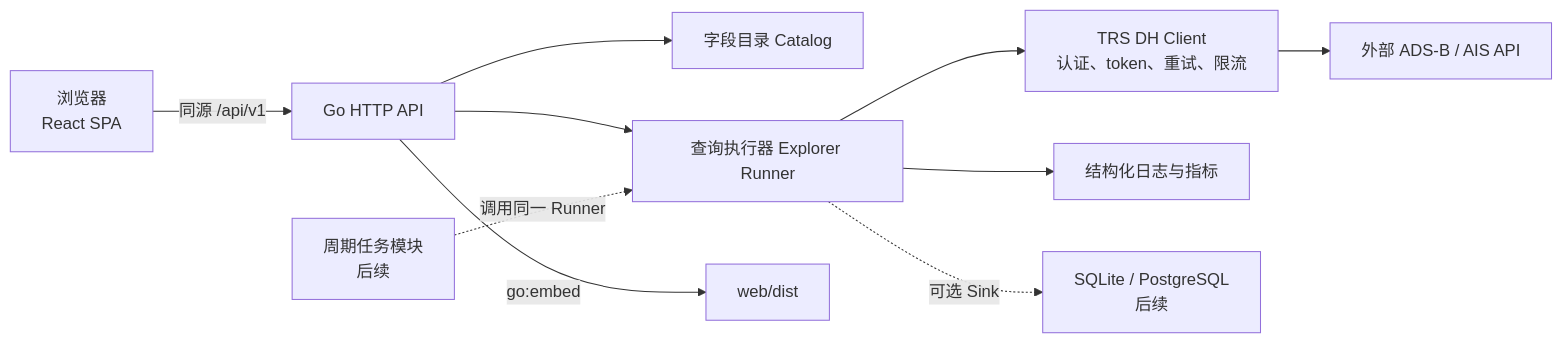
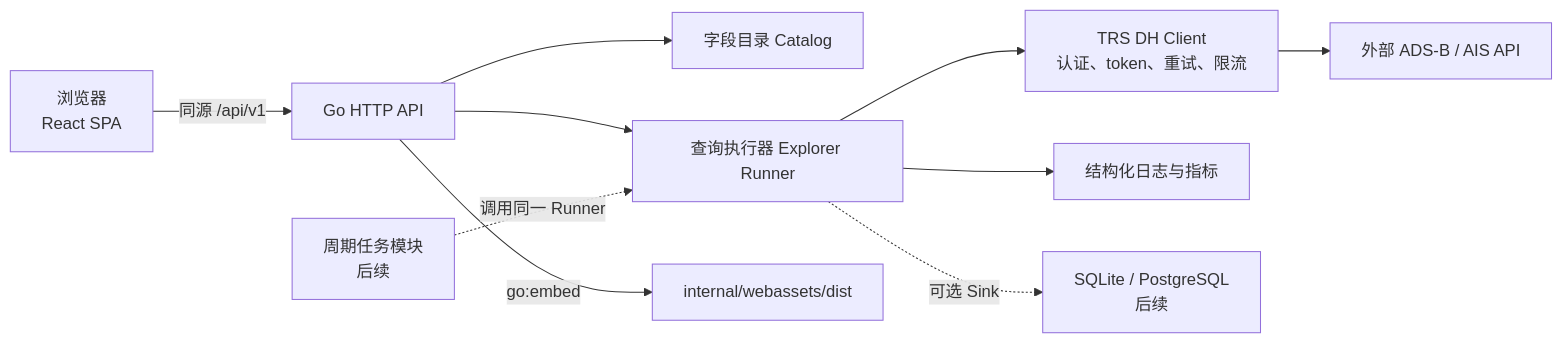
One commit to isxylands/dy-inta changed the diagram in devdoc/航迹数据API探索与采集工具技术方案及实施计划-20260731.md. Above: the diagram before and after it, drawn with Mermaid. The commit also changed other lines of this file, not shown here.

````diff
--- a/devdoc/航迹数据API探索与采集工具技术方案及实施计划-20260731.md
+++ b/devdoc/航迹数据API探索与采集工具技术方案及实施计划-20260731.md
@@ -103,12 +110,12 @@
 ```mermaid
 flowchart LR
   U["浏览器\nReact SPA"] -->|"同源 /api/v1"| H["Go HTTP API"]
   H --> C["字段目录 Catalog"]
   H --> E["查询执行器 Explorer Runner"]
   E --> D["TRS DH Client\n认证、token、重试、限流"]
   D --> X["外部 ADS-B / AIS API"]
   E --> O["结构化日志与指标"]
   J["周期任务模块\n后续"] -.调用同一 Runner.-> E
   E -.可选 Sink.-> S["SQLite / PostgreSQL\n后续"]
-  H -->|"go:embed"| W["web/dist"]
+  H -->|"go:embed"| W["internal/webassets/dist"]
 ```
````
